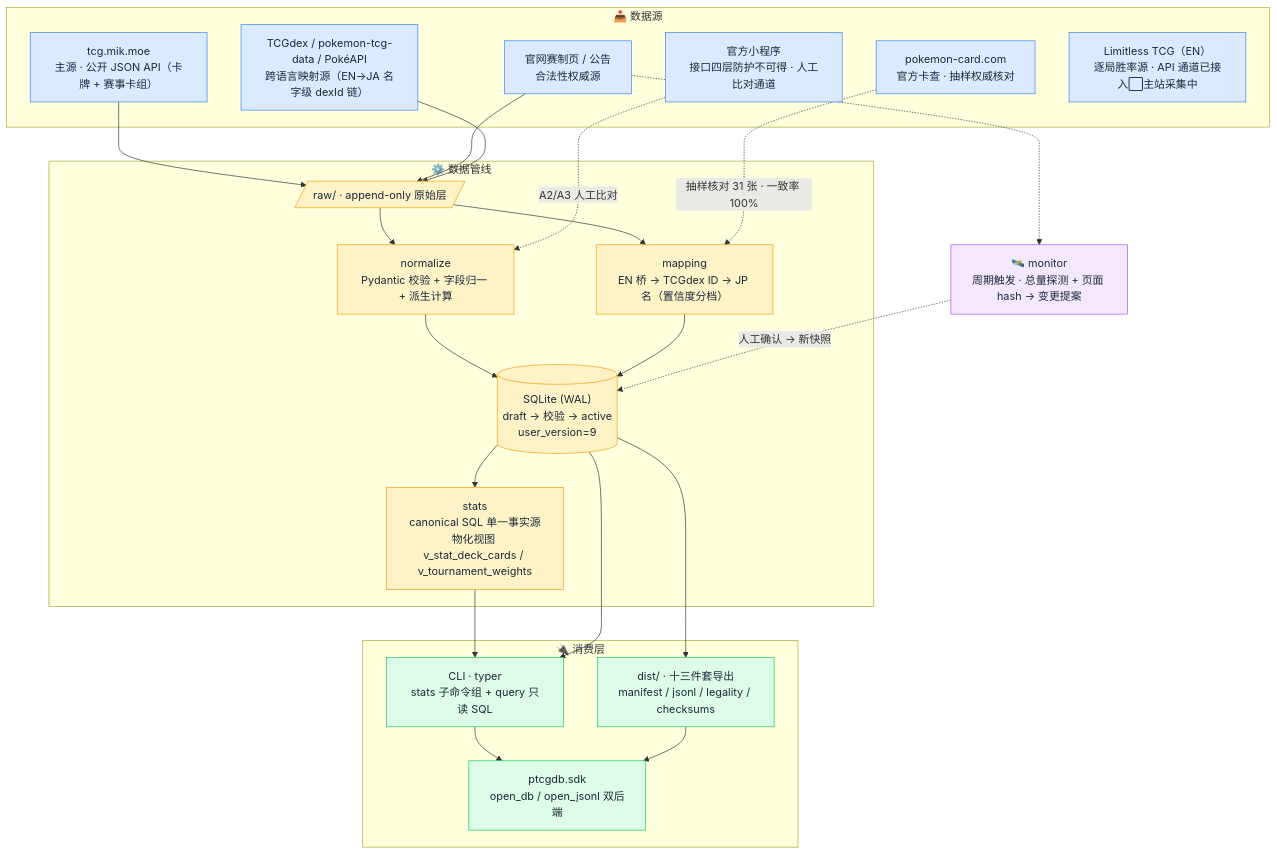
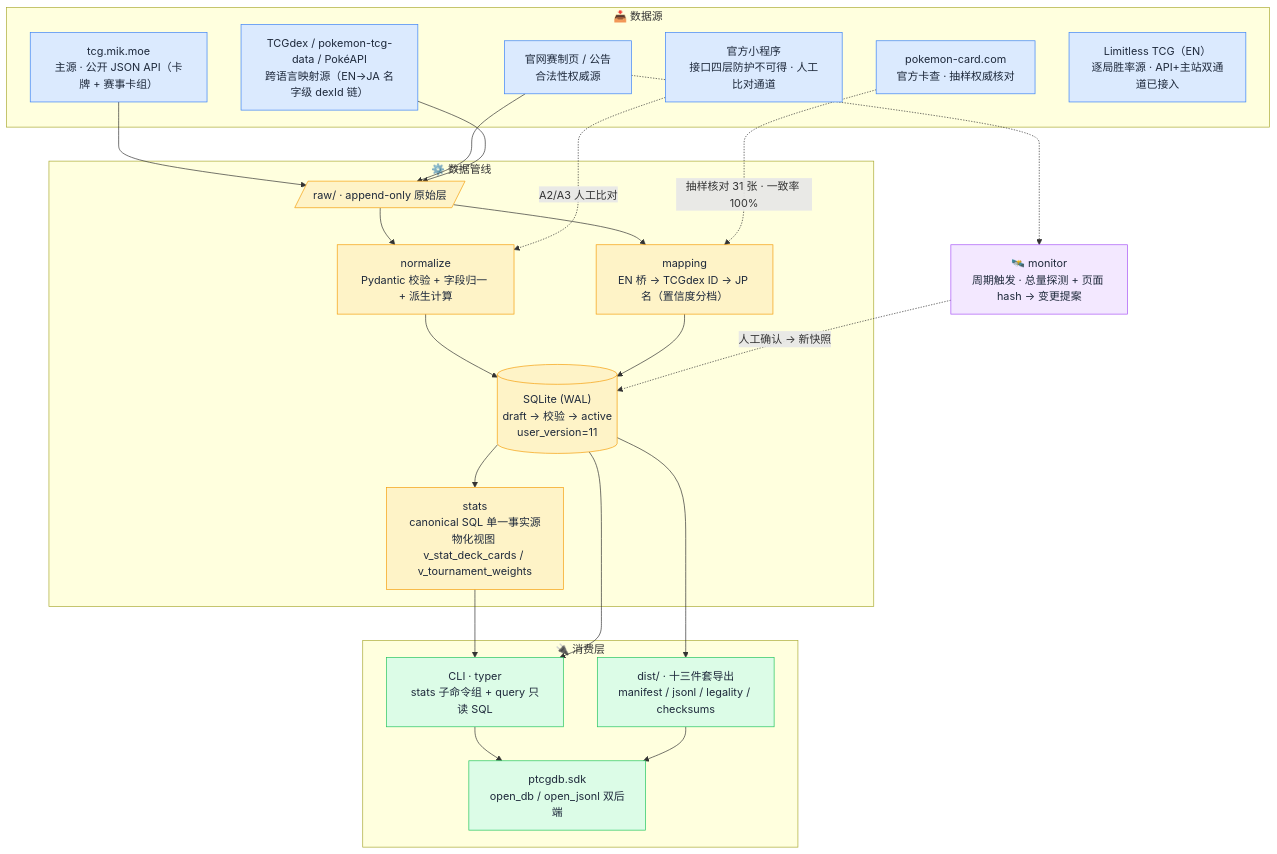
The diagram in README.md (Bingtuu/ptcg-cn-db), drawn with Mermaid before and after one commit. The commit also changed other lines of this file, not shown here.

Commit message:
task(020): README 同步收官状态——M8/M9 达成、80 赛/2,491 卡组数字刷新、PRD v1.19/user_version=11/594 测试

````diff
--- a/README.md
+++ b/README.md
@@ -87,52 +89,52 @@
 ```mermaid
 flowchart TB
     subgraph SRC["📥 数据源"]
         A["tcg.mik.moe<br/>主源 · 公开 JSON API（卡牌 + 赛事卡组）"]
         B["官网赛制页 / 公告<br/>合法性权威源"]
         C["官方小程序<br/>接口四层防护不可得 · 人工比对通道"]
         D["TCGdex / pokemon-tcg-data / PokéAPI<br/>跨语言映射源（EN→JA 名字级 dexId 链）"]
         E["pokemon-card.com<br/>官方卡查 · 抽样权威核对"]
-        F["Limitless TCG（EN）<br/>逐局胜率源 · API 通道已接入⬜主站采集中"]
+        F["Limitless TCG（EN）<br/>逐局胜率源 · API+主站双通道已接入"]
     end
 
     subgraph PIPE["⚙️ 数据管线"]
         RAW[/"raw/ · append-only 原始层"/]
         NORM["normalize<br/>Pydantic 校验 + 字段归一 + 派生计算"]
         MAP["mapping<br/>EN 桥 → TCGdex ID → JP 名（置信度分档）"]
-        DB[("SQLite (WAL)<br/>draft → 校验 → active<br/>user_version=9")]
+        DB[("SQLite (WAL)<br/>draft → 校验 → active<br/>user_version=11")]
         STATS["stats<br/>canonical SQL 单一事实源<br/>物化视图 v_stat_deck_cards / v_tournament_weights"]
     end
 
     subgraph OUT["🔌 消费层"]
         CLI["CLI · typer<br/>stats 子命令组 + query 只读 SQL"]
         DIST["dist/ · 十三件套导出<br/>manifest / jsonl / legality / checksums"]
         SDK["ptcgdb.sdk<br/>open_db / open_jsonl 双后端"]
     end
 
     MON["🛰️ monitor<br/>周期触发 · 总量探测 + 页面 hash → 变更提案"]
 
     A --> RAW
     B --> RAW
     D --> RAW
     RAW --> NORM --> DB
     RAW --> MAP --> DB
     E -.->|抽样核对 31 张 · 一致率 100%| MAP
     C -.->|A2/A3 人工比对| NORM
     DB --> STATS
     STATS --> CLI
     DB --> CLI
     DB --> DIST
     CLI --> SDK
     DIST --> SDK
     B -.-> MON
     MON -.->|人工确认 → 新快照| DB
 
     classDef source fill:#dbeafe,stroke:#3b82f6,color:#1e293b;
     classDef pipe fill:#fef3c7,stroke:#f59e0b,color:#1e293b;
     classDef out fill:#dcfce7,stroke:#22c55e,color:#1e293b;
     classDef mon fill:#f3e8ff,stroke:#a855f7,color:#1e293b;
     class A,B,C,D,E,F source;
     class RAW,NORM,MAP,DB,STATS pipe;
     class CLI,DIST,SDK out;
     class MON mon;
 ```
````
